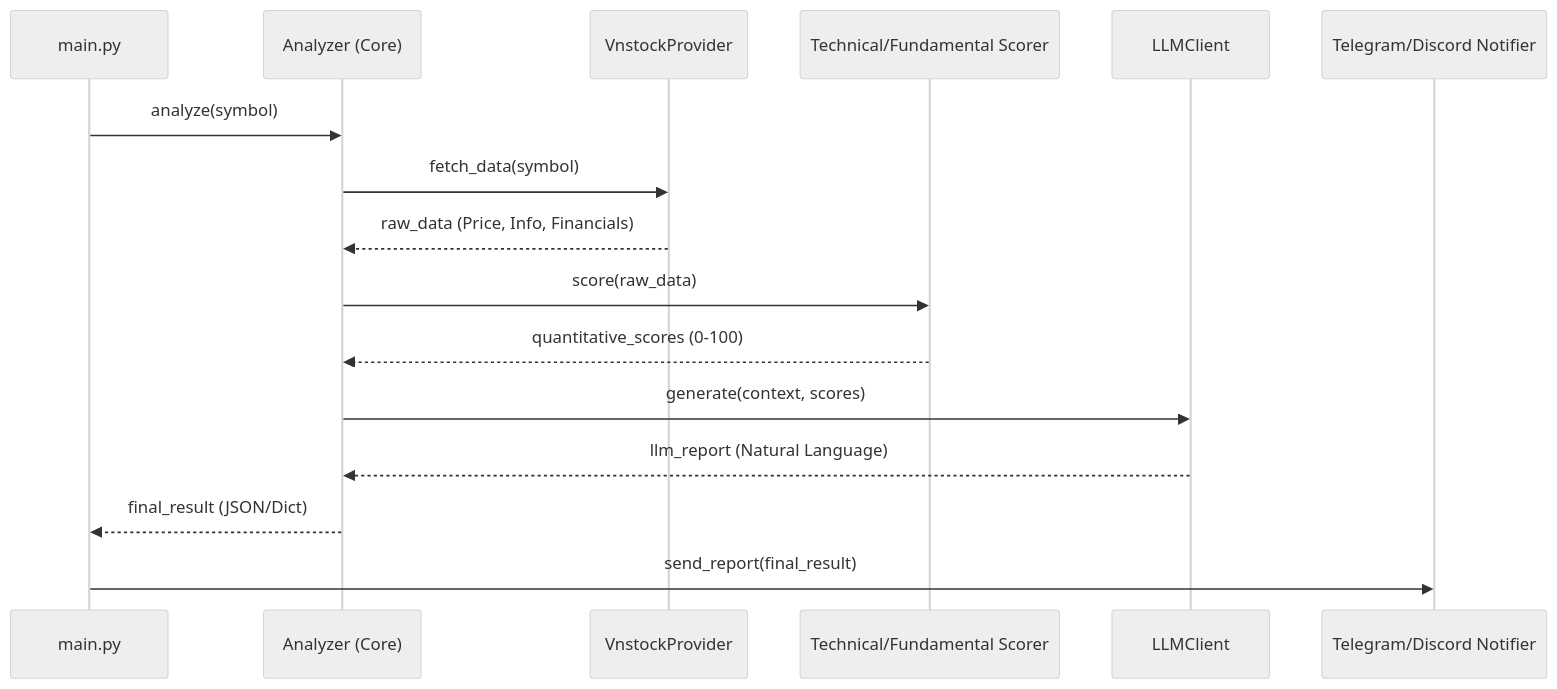
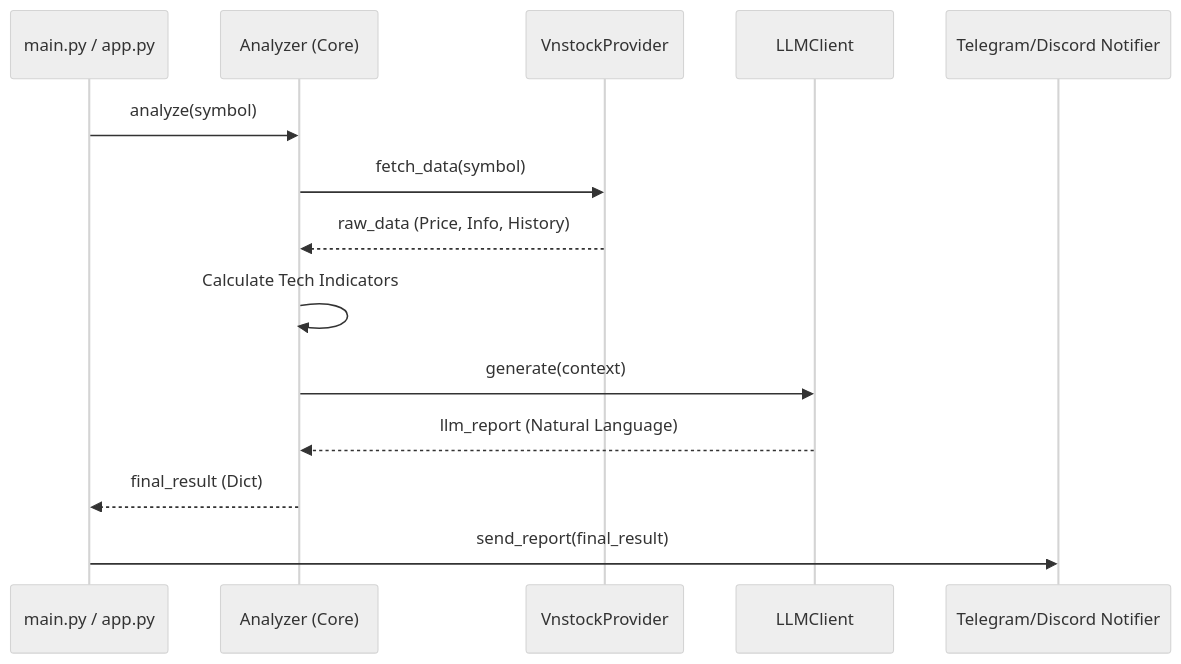
One commit to Viethiep49/vn_stock_daily_analysis changed the diagram in docs/dev/architecture.md. Above: the diagram before and after it, drawn with Mermaid (neutral theme). The commit also changed other lines of this file and 7 other files, not shown here.

````diff
--- a/docs/dev/architecture.md
+++ b/docs/dev/architecture.md
@@ -15,19 +15,17 @@
 ```mermaid
 sequenceDiagram
-    participant Main as main.py
+    participant Main as main.py / app.py
     participant Analyzer as Analyzer (Core)
     participant Provider as VnstockProvider
-    participant Scorer as Technical/Fundamental Scorer
     participant LLM as LLMClient
     participant Notifier as Telegram/Discord Notifier
 
     Main->>Analyzer: analyze(symbol)
     Analyzer->>Provider: fetch_data(symbol)
-    Provider-->>Analyzer: raw_data (Price, Info, Financials)
-    Analyzer->>Scorer: score(raw_data)
-    Scorer-->>Analyzer: quantitative_scores (0-100)
-    Analyzer->>LLM: generate(context, scores)
+    Provider-->>Analyzer: raw_data (Price, Info, History)
+    Analyzer->>Analyzer: Calculate Tech Indicators
+    Analyzer->>LLM: generate(context)
     LLM-->>Analyzer: llm_report (Natural Language)
-    Analyzer-->>Main: final_result (JSON/Dict)
+    Analyzer-->>Main: final_result (Dict)
     Main->>Notifier: send_report(final_result)
 ```
````
